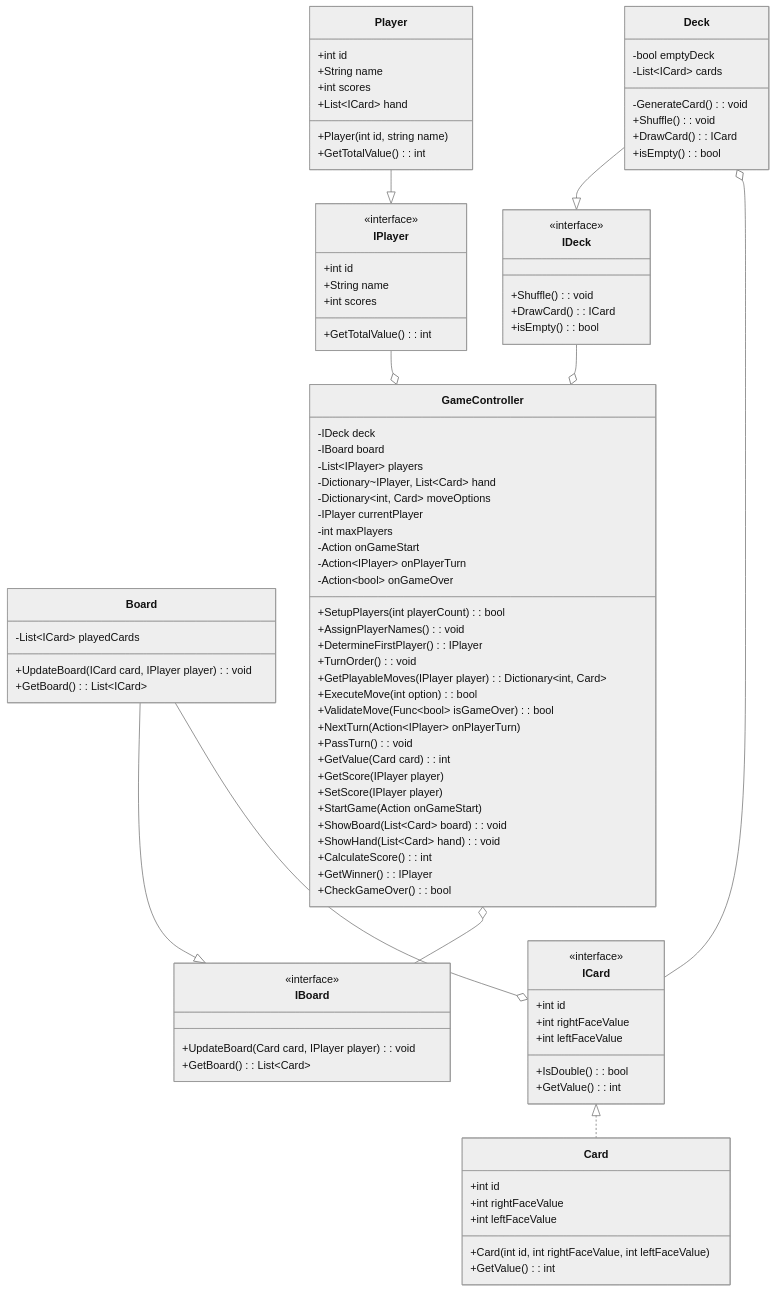
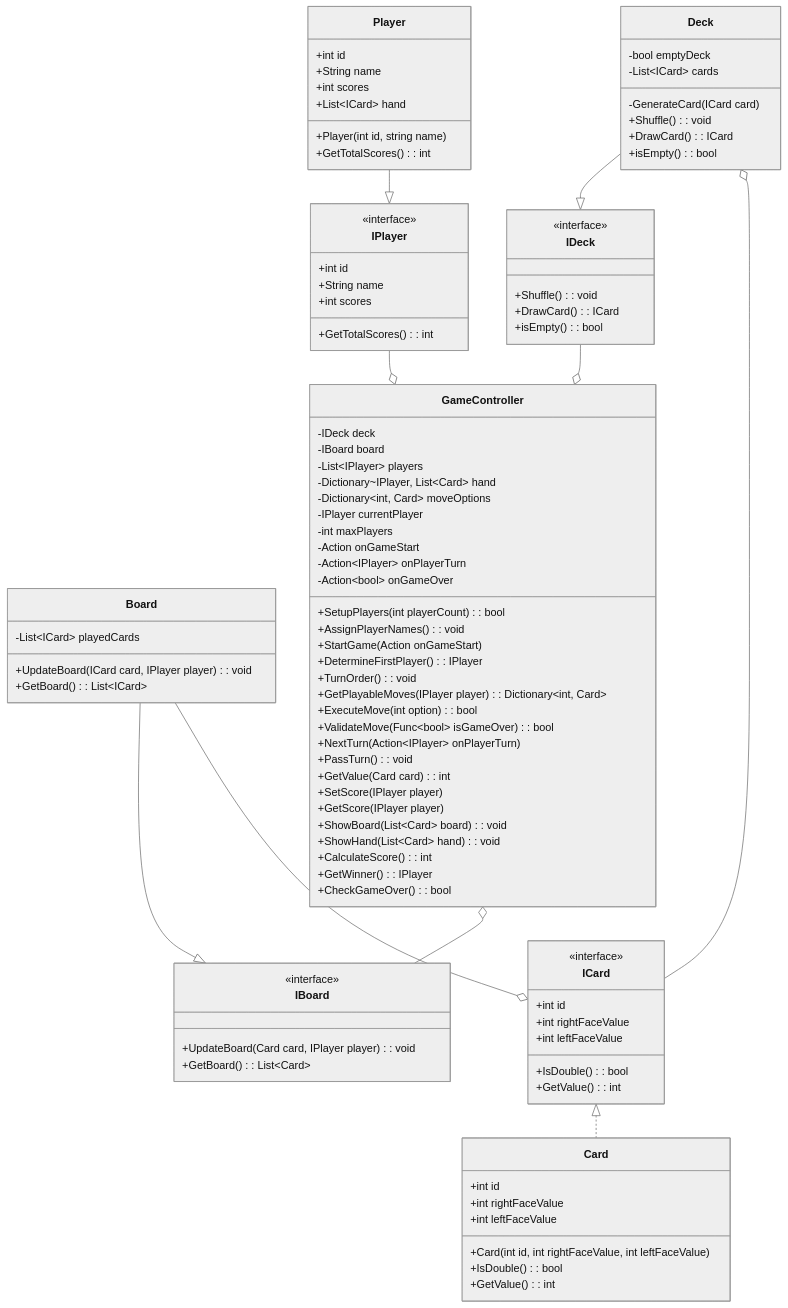
One commit to RavenFajar/bootCamp13 changed the diagram in Day6/DiagramClassProject/Domino.mmd. Above: the diagram before and after it, drawn with Mermaid (neutral theme).

```diff
--- a/Day6/DiagramClassProject/Domino.mmd
+++ b/Day6/DiagramClassProject/Domino.mmd
@@ -1,95 +1,96 @@
 classDiagram
 class IPlayer{
     <<interface>>
     +int id
     +String name
     +int scores
-    +GetTotalValue() : int
+    +GetTotalScores() : int
 }
 class Player{
     +int id
     +String name
     +int scores
     +List~ICard~ hand
     +Player(int id, string name)
-    +GetTotalValue() : int
+    +GetTotalScores() : int
 }
 class ICard{
     <<interface>>
     +int id
     +int rightFaceValue
     +int leftFaceValue 
     +IsDouble() : bool
     +GetValue() : int
 }
 class IDeck{
     <<interface>>
     +Shuffle() : void
     +DrawCard() : ICard
     +isEmpty() : bool
 }
 class IBoard{
     <<interface>>
     +UpdateBoard(Card card, IPlayer player) : void
     +GetBoard() : List~Card~
    
 }
 class Deck{
     -bool emptyDeck
-    -GenerateCard() : void
+    -GenerateCard(ICard card)
     -List~ICard~ cards
     +Shuffle() : void
     +DrawCard() : ICard
     +isEmpty() : bool
 }
 class Board{
     -List~ICard~ playedCards
     +UpdateBoard(ICard card, IPlayer player) : void
     +GetBoard() : List~ICard~
 }
 class Card{
     +int id
     +int rightFaceValue
     +int leftFaceValue   
     +Card(int id, int rightFaceValue, int leftFaceValue) 
+    +IsDouble() : bool
     +GetValue() : int
 }
 class GameController{
     -IDeck deck
     -IBoard board
     -List~IPlayer~ players
     -Dictionary~IPlayer, List~Card~ hand
     -Dictionary~int, Card~ moveOptions
     -IPlayer currentPlayer
     -int maxPlayers
     -Action onGameStart
     -Action~IPlayer~ onPlayerTurn
     -Action~bool~ onGameOver
     +SetupPlayers(int playerCount) : bool
     +AssignPlayerNames() : void
+    +StartGame(Action onGameStart)
     +DetermineFirstPlayer() : IPlayer
     +TurnOrder() : void
     +GetPlayableMoves(IPlayer player) : Dictionary~int, Card~
     +ExecuteMove(int option) : bool
     +ValidateMove(Func~bool~ isGameOver) : bool
     +NextTurn(Action~IPlayer~ onPlayerTurn)
     +PassTurn() : void
     +GetValue(Card card) : int
+    +SetScore(IPlayer player)
     +GetScore(IPlayer player)
-    +SetScore(IPlayer player)
-    +StartGame(Action onGameStart)
     +ShowBoard(List~Card~ board) : void
     +ShowHand(List~Card~ hand) : void
     +CalculateScore() : int
     +GetWinner() : IPlayer
     +CheckGameOver() : bool
 }
 IPlayer --o GameController 
 IDeck --o GameController
 GameController o-- IBoard
 Deck --|> IDeck 
 Board --|> IBoard 
 Player --|> IPlayer 
 Deck o-- ICard
 Board --o ICard
 ICard <|.. Card 
```
